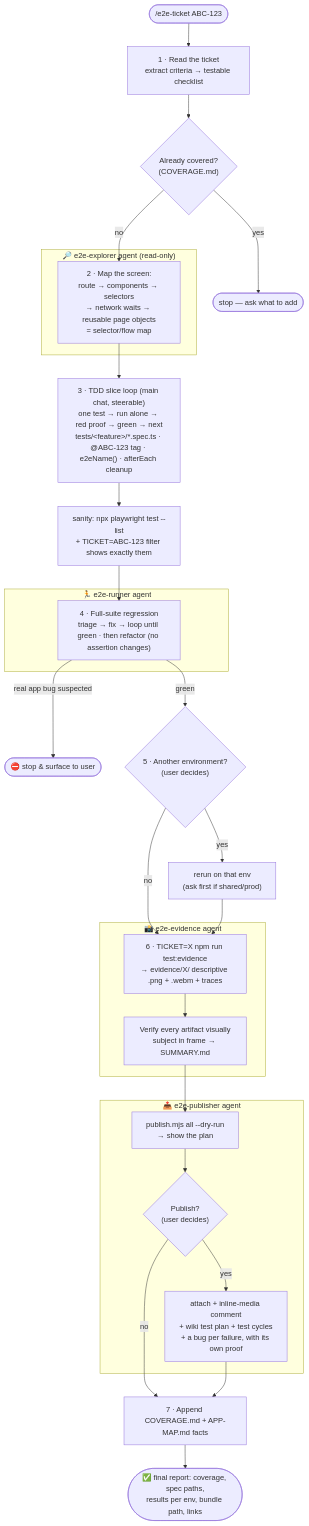
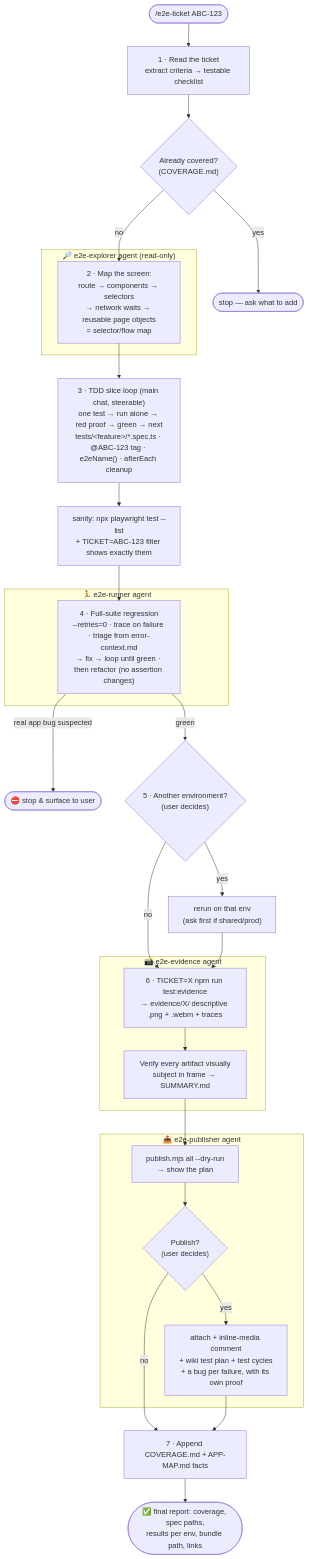
One commit to jramirez-automate/End2End-Tester-Playwright-Framework changed the diagram in README.md. Above: the diagram before and after it, drawn with Mermaid. The commit also changed other lines of this file and 3 other files, not shown here.

````diff
--- a/README.md
+++ b/README.md
@@ -278,41 +278,41 @@
 ```mermaid
 flowchart TD
     U(["/e2e-ticket ABC-123"]) --> A
 
     A["1 · Read the ticket<br/>extract criteria → testable checklist"] --> B{"Already covered?<br/>(COVERAGE.md)"}
     B -- "yes" --> STOP(["stop — ask what to add"])
     B -- "no" --> C
 
     subgraph EXPLORER["🔎 e2e-explorer agent (read-only)"]
         C["2 · Map the screen:<br/>route → components → selectors<br/>→ network waits → reusable page objects<br/>= selector/flow map"]
     end
 
     C --> E["3 · TDD slice loop (main chat, steerable)<br/>one test → run alone → red proof → green → next<br/>tests/&lt;feature&gt;/*.spec.ts · @ABC-123 tag · e2eName() · afterEach cleanup"]
     E --> LIST["sanity: npx playwright test --list<br/>+ TICKET=ABC-123 filter shows exactly them"]
 
     subgraph RUNNER["🏃 e2e-runner agent"]
-        F["4 · Full-suite regression<br/>triage → fix → loop until green · then refactor (no assertion changes)"]
+        F["4 · Full-suite regression<br/>--retries=0 · trace on failure · triage from error-context.md<br/>→ fix → loop until green · then refactor (no assertion changes)"]
     end
 
     LIST --> F
     F -- "real app bug suspected" --> BUG(["⛔ stop & surface to user"])
     F -- "green" --> Q1{"5 · Another environment?<br/>(user decides)"}
     Q1 -- "yes" --> F2["rerun on that env<br/>(ask first if shared/prod)"]
     Q1 -- "no" --> G
     F2 --> G
 
     subgraph EVIDENCE["📸 e2e-evidence agent"]
         G["6 · TICKET=X npm run test:evidence<br/>→ evidence/X/ descriptive .png + .webm + traces"]
         G --> H["Verify every artifact visually<br/>subject in frame → SUMMARY.md"]
     end
 
     subgraph PUBLISH["📤 e2e-publisher agent"]
         H --> I["publish.mjs all --dry-run<br/>→ show the plan"]
         I --> J{"Publish?<br/>(user decides)"}
         J -- "yes" --> K["attach + inline-media comment<br/>+ wiki test plan + test cycles<br/>+ a bug per failure, with its own proof"]
     end
 
     J -- "no" --> L
     K --> L["7 · Append COVERAGE.md + APP-MAP.md facts"]
     L --> DONE(["✅ final report: coverage, spec paths,<br/>results per env, bundle path, links"])
 ```
````
